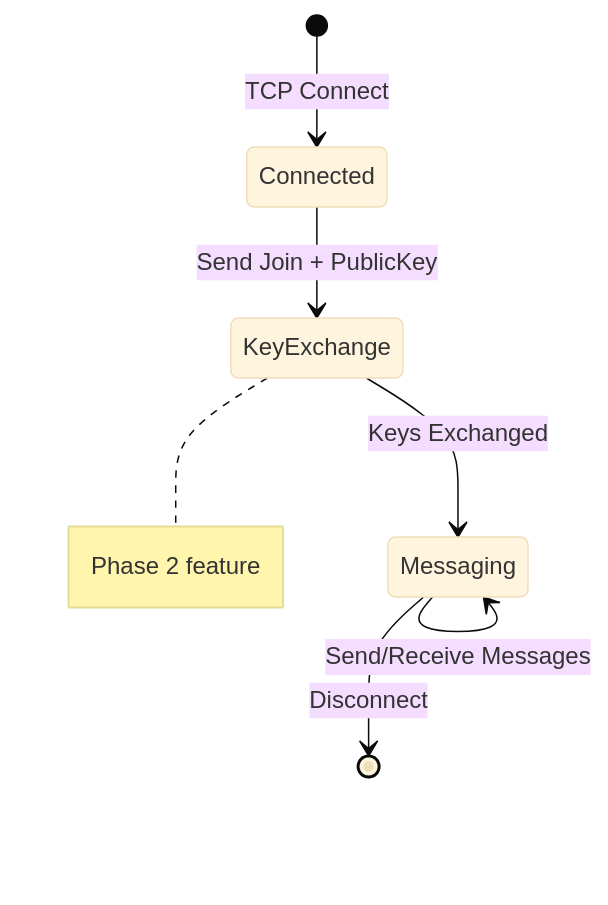
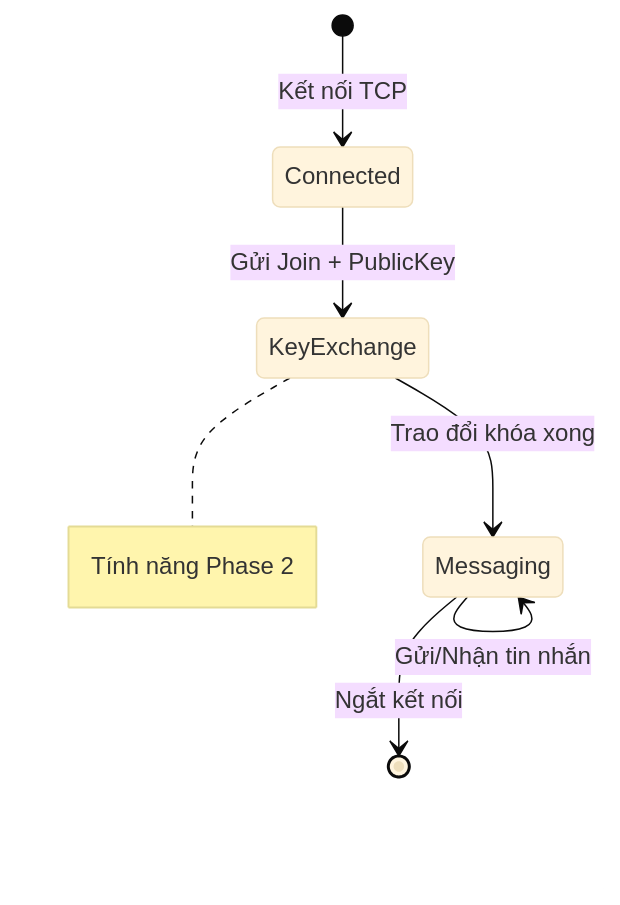
One commit to QuocVinhTrinhLam/SecureChat-System changed the diagram in docs/MESSAGE_PROTOCOL.md. Above: the diagram before and after it, drawn with Mermaid (base theme). The commit also changed other lines of this file and 2 other files, not shown here.

````diff
--- a/docs/MESSAGE_PROTOCOL.md
+++ b/docs/MESSAGE_PROTOCOL.md
@@ -179,10 +179,10 @@
 ```mermaid
 stateDiagram-v2
-    [*] --> Connected: TCP Connect
-    Connected --> KeyExchange: Send Join + PublicKey
-    KeyExchange --> Messaging: Keys Exchanged
-    Messaging --> Messaging: Send/Receive Messages
-    Messaging --> [*]: Disconnect
+    [*] --> Connected: Kết nối TCP
+    Connected --> KeyExchange: Gửi Join + PublicKey
+    KeyExchange --> Messaging: Trao đổi khóa xong
+    Messaging --> Messaging: Gửi/Nhận tin nhắn
+    Messaging --> [*]: Ngắt kết nối
     
-    note right of KeyExchange: Phase 2 feature
+    note right of KeyExchange: Tính năng Phase 2
 ```
````
